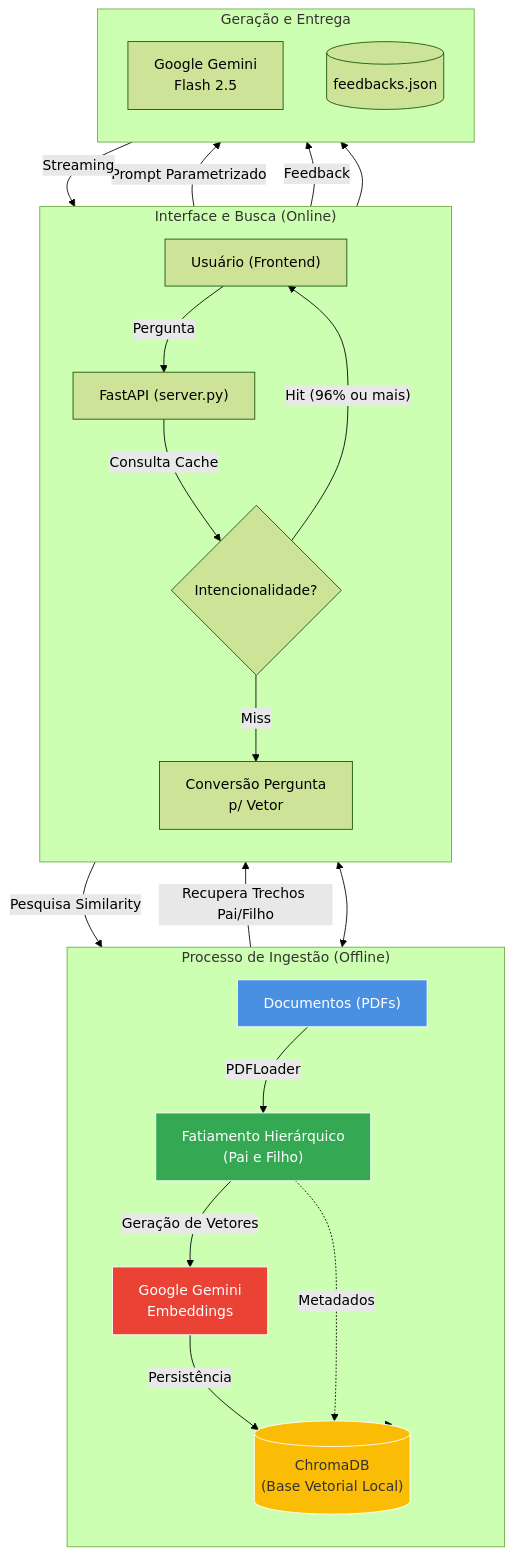
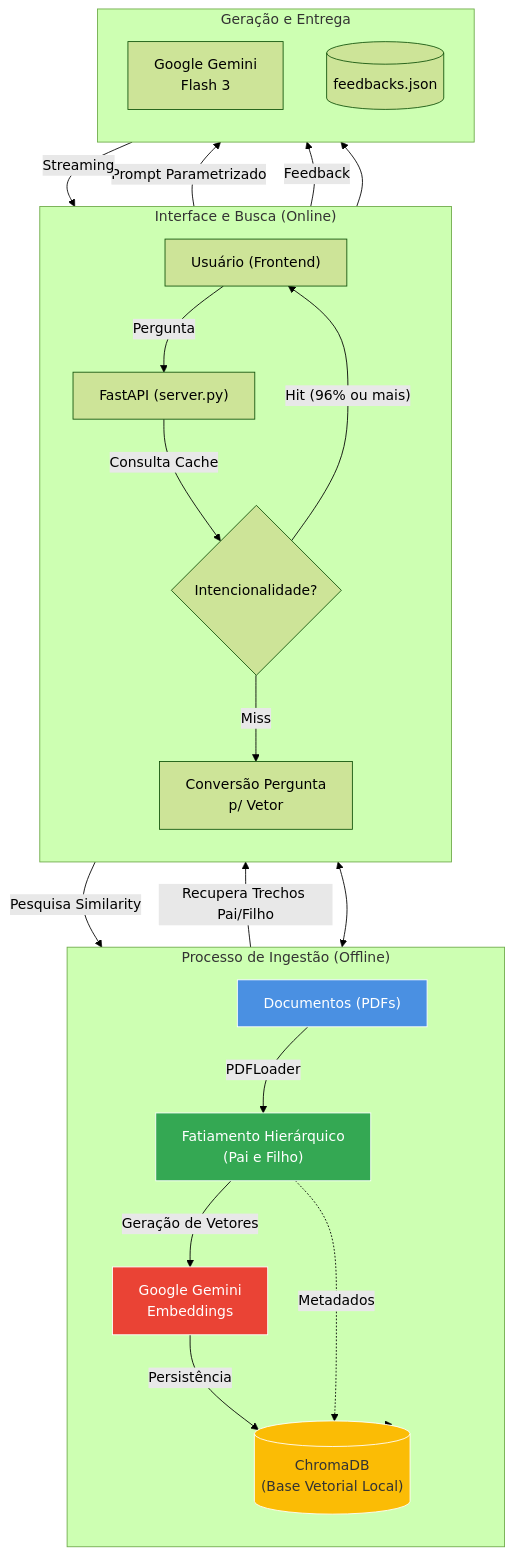
The diagram in README.md (junior-honorato/rag_ia), drawn with Mermaid (forest theme) before and after one commit. The commit also changed other lines of this file and 8 other files, not shown here.

Commit message:
feat: upgrade to Gemini 3 Flash, add markdown and persistence, and update readme

````diff
--- a/README.md
+++ b/README.md
@@ -22,39 +24,39 @@
 ```mermaid
 graph TD
     %% Estilos e Cores Principais
     style A fill:#4a90e2,stroke:#fff,color:#fff
     style B fill:#34a853,stroke:#fff,color:#fff
     style C fill:#ea4335,stroke:#fff,color:#fff
     style D fill:#fbbc05,stroke:#fff,color:#333
 
     subgraph INGESTÃO ["Processo de Ingestão (Offline)"]
         direction TB
         A["Documentos (PDFs)"] -->|PDFLoader| B["Fatiamento Hierárquico<br/>(Pai e Filho)"]
         B -->|"Geração de Vetores"| C["Google Gemini<br/>Embeddings"]
         C -->|Persistência| D[("ChromaDB<br/>(Base Vetorial Local)")]
         B -.->|Metadados| D
     end
 
     subgraph CONSULTA ["Interface e Busca (Online)"]
         direction TB
         U["Usuário (Frontend)"] -->|Pergunta| S["FastAPI (server.py)"]
         S -->|Consulta Cache| CH{Intencionalidade?}
         CH -->|"Hit (96% ou mais)"| U
         
         CH -->|Miss| GE["Conversão Pergunta<br/>p/ Vetor"]
         GE -->|"Pesquisa Similarity"| D
         D -->|"Recupera Trechos Pai/Filho"| S
     end
 
     subgraph RESPOSTA ["Geração e Entrega"]
         direction TB
-        S -->|"Prompt Parametrizado"| L["Google Gemini<br/>Flash 2.5"]
-        L -->|Streaming| U
+        S -->|"Prompt Parametrizado"| L["Google Gemini<br/>Flash 3"]
+        L -->|Streaming | U
         U -->|Feedback| F[("feedbacks.json")]
     end
 
     %% Conexões entre blocos
     INGESTÃO --> D
     D <--> CONSULTA
     CONSULTA --> RESPOSTA
 ```
````
